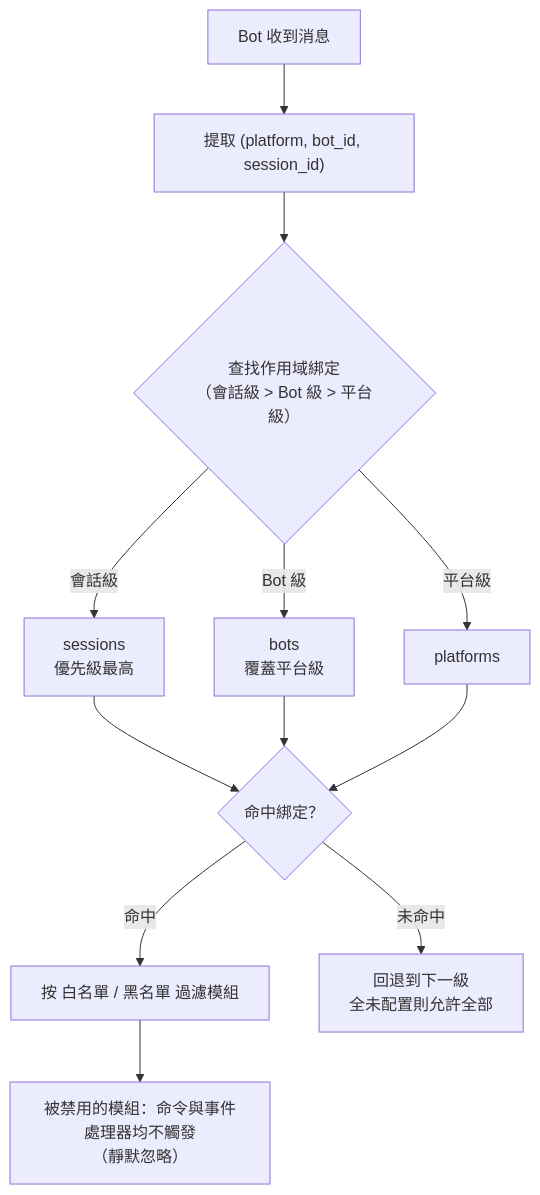
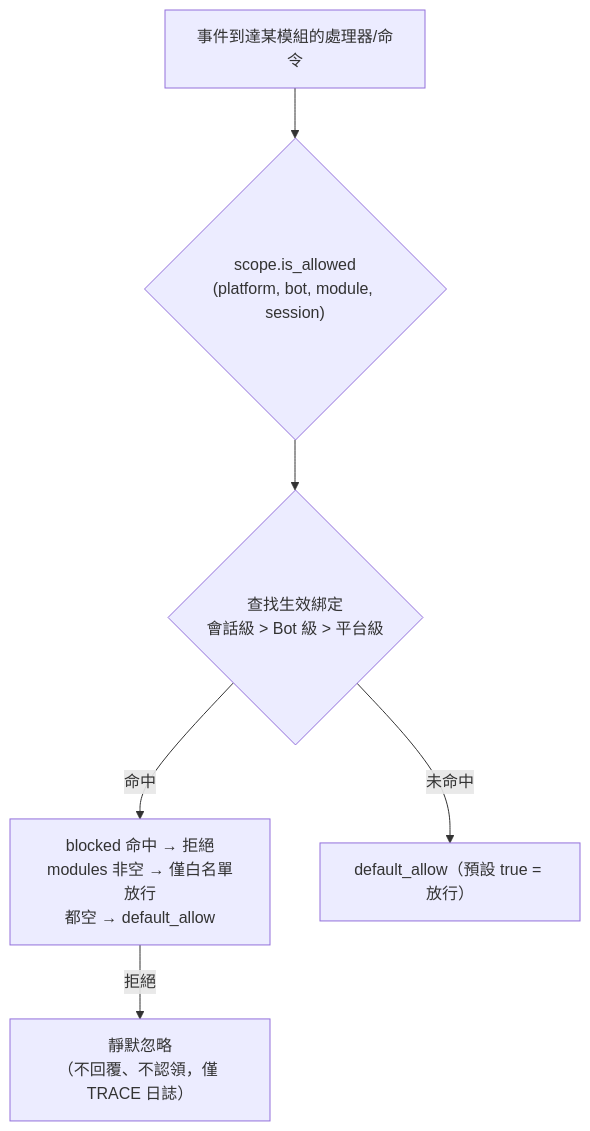
One commit to ErisPulse/ErisPulse changed the diagram in docs/zh-TW/advanced/scope.md. Above: the diagram before and after it, drawn with Mermaid. The commit also changed other lines of this file and 299 other files, not shown here.

````diff
--- a/docs/zh-TW/advanced/scope.md
+++ b/docs/zh-TW/advanced/scope.md
@@ -20,12 +107,8 @@
 ```mermaid
 flowchart TD
-    A["Bot 收到消息"] --> B["提取 (platform, bot_id, session_id)"]
-    B --> C{"查找作用域綁定<br/>（會話級 > Bot 級 > 平台級）"}
-    C -->|"會話級"| D["sessions<br/>優先級最高"]
-    C -->|"Bot 級"| E["bots<br/>覆蓋平台級"]
-    C -->|"平台級"| F["platforms"]
-    D & E & F --> G{"命中綁定？"}
-    G -->|"命中"| H["按 白名單 / 黑名單 過濾模組"]
-    G -->|"未命中"| I["回退到下一級<br/>全未配置則允許全部"]
-    H --> J["被禁用的模組：命令與事件處理器均不觸發<br/>（靜默忽略）"]
+    A["事件到達某模組的處理器/命令"] --> B{"scope.is_allowed<br/>(platform, bot, module, session)"}
+    B --> C{"查找生效綁定<br/>會話級 > Bot 級 > 平台級"}
+    C -->|"命中"| D["blocked 命中 → 拒絕<br/>modules 非空 → 僅白名單放行<br/>都空 → default_allow"]
+    C -->|"未命中"| E["default_allow（預設 true = 放行）"]
+    D -->|"拒絕"| Z["靜默忽略<br/>（不回覆、不認領，僅 TRACE 日誌）"]
 ```
````
